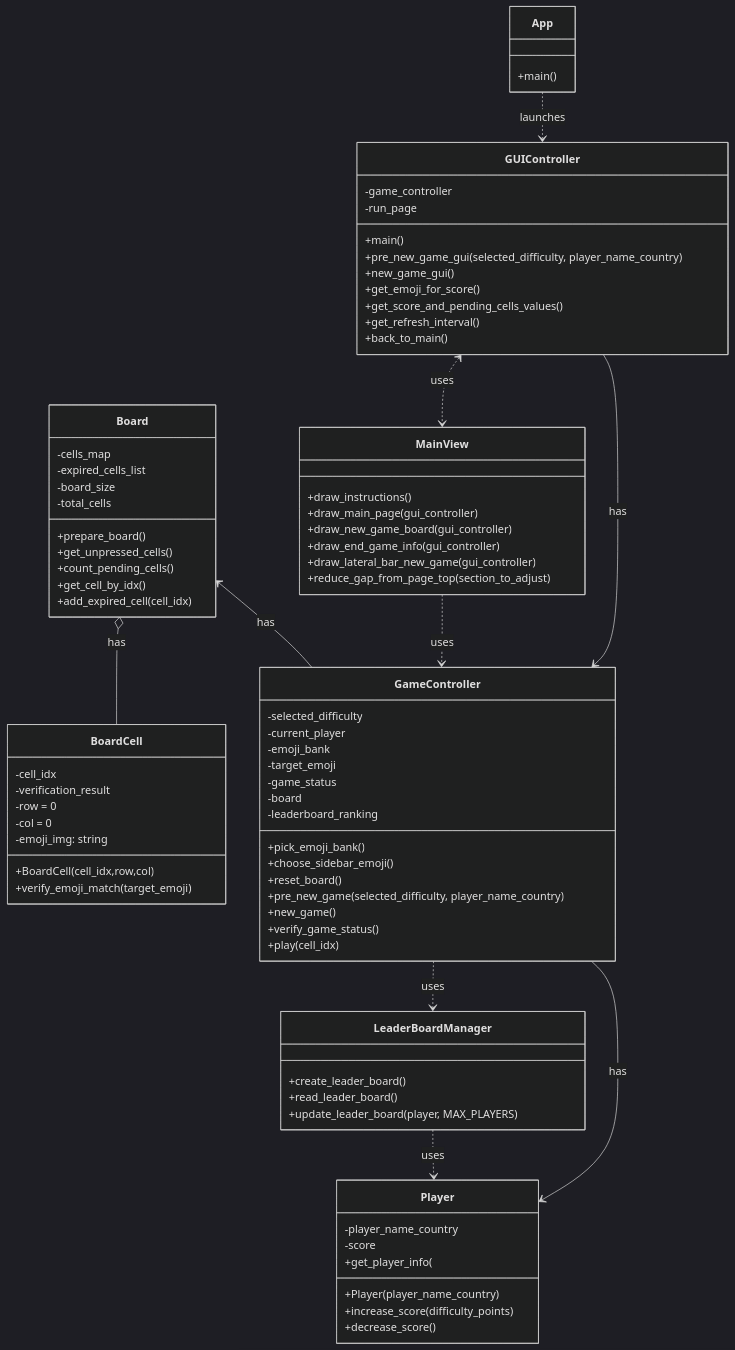
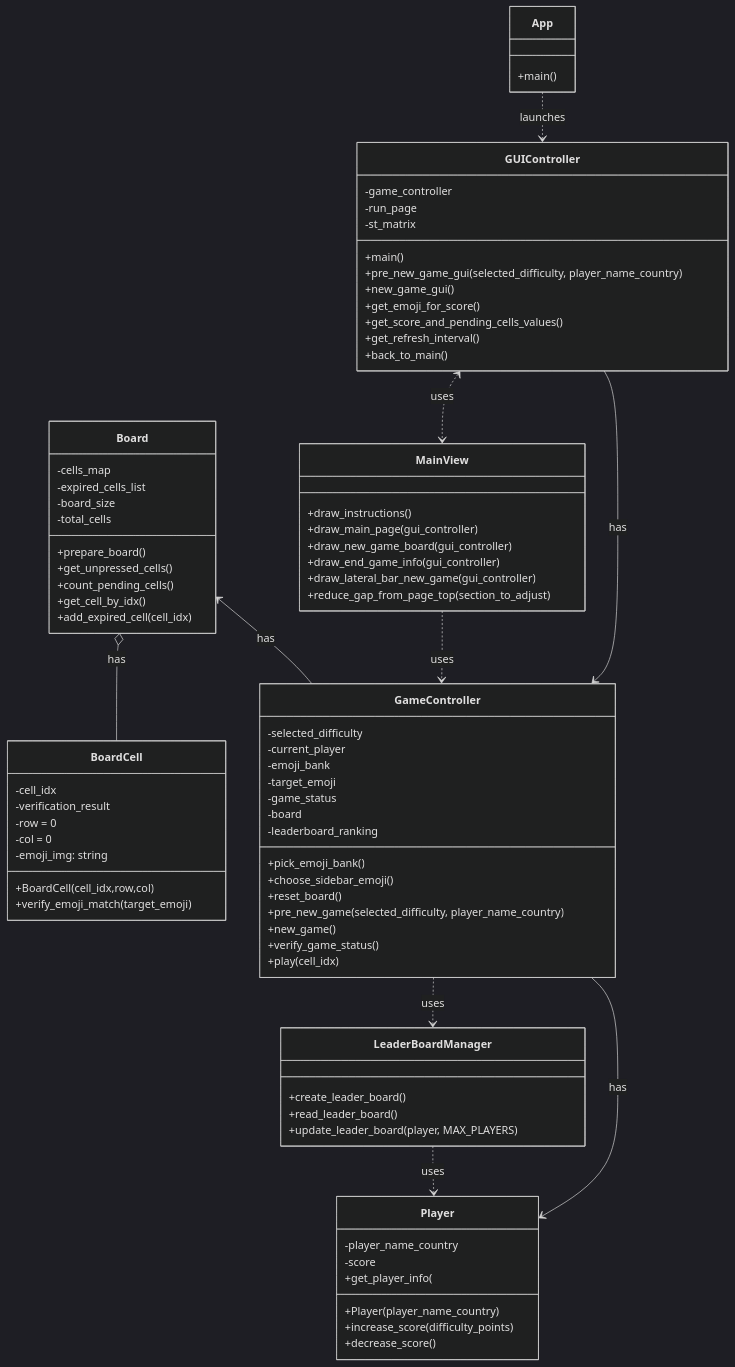
One commit to 300CIS017-Object-Oriented-Programming/9.-pixmatch_refactor changed the diagram in README.md. Above: the diagram before and after it, drawn with Mermaid (dark theme). The commit also changed 1 other file, not shown here.

Commit message:
MOD: Quita lógica que usa Globals para guardar las celdas a dibujar. Aprovecha el diseño orientado a objetos

```diff
--- a/README.md
+++ b/README.md
@@ -68,6 +68,7 @@
     class GUIController {
         -game_controller
         -run_page
+        -st_matrix
         +main()
         +pre_new_game_gui(selected_difficulty, player_name_country)
         +new_game_gui()
```
